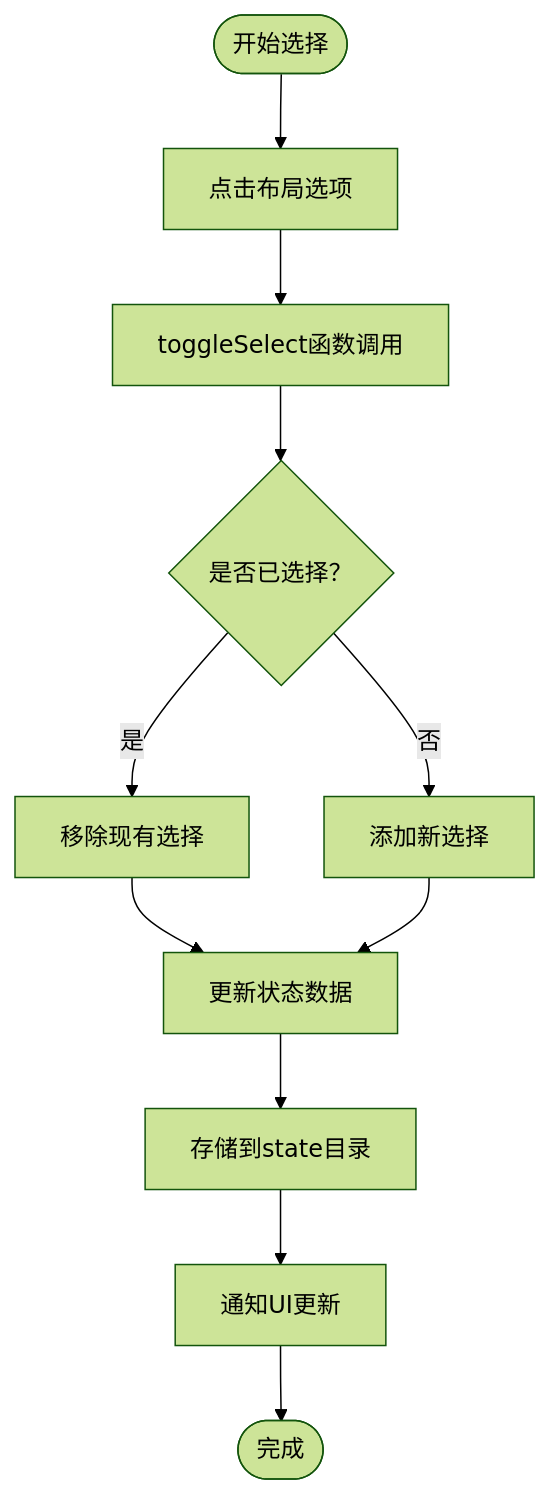
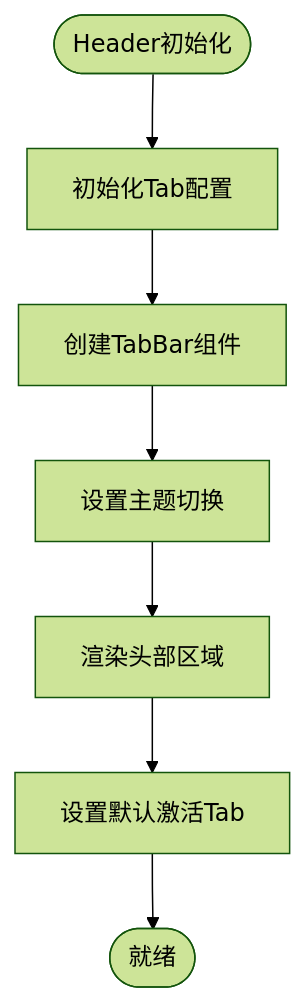
One commit to huanglixinccc/next-demo-collection changed the fourth of 10 diagrams in .qoder/repowiki/zh/content/Superpowers AI集成.md. Above: the diagram before and after it, drawn with Mermaid (forest theme). The commit also changed other lines of this file and 10 other files, not shown here.

````diff
--- a/.qoder/repowiki/zh/content/Superpowers AI集成.md
+++ b/.qoder/repowiki/zh/content/Superpowers AI集成.md
@@ -168,13 +198,9 @@
 ```mermaid
 flowchart TD
-Start([开始选择]) --> ClickChoice["点击布局选项"]
-ClickChoice --> ToggleSelect["toggleSelect函数调用"]
-ToggleSelect --> CheckSelection{"是否已选择？"}
-CheckSelection --> |是| RemoveSelection["移除现有选择"]
-CheckSelection --> |否| AddSelection["添加新选择"]
-RemoveSelection --> UpdateState["更新状态数据"]
-AddSelection --> UpdateState
-UpdateState --> StoreState["存储到state目录"]
-StoreState --> NotifyUI["通知UI更新"]
-NotifyUI --> End([完成])
+Start([Header初始化]) --> InitTabs["初始化Tab配置"]
+InitTabs --> CreateTabBar["创建TabBar组件"]
+CreateTabBar --> SetupTheme["设置主题切换"]
+SetupTheme --> RenderHeader["渲染头部区域"]
+RenderHeader --> ActiveTab["设置默认激活Tab"]
+ActiveTab --> Ready([就绪])
 ```
````
